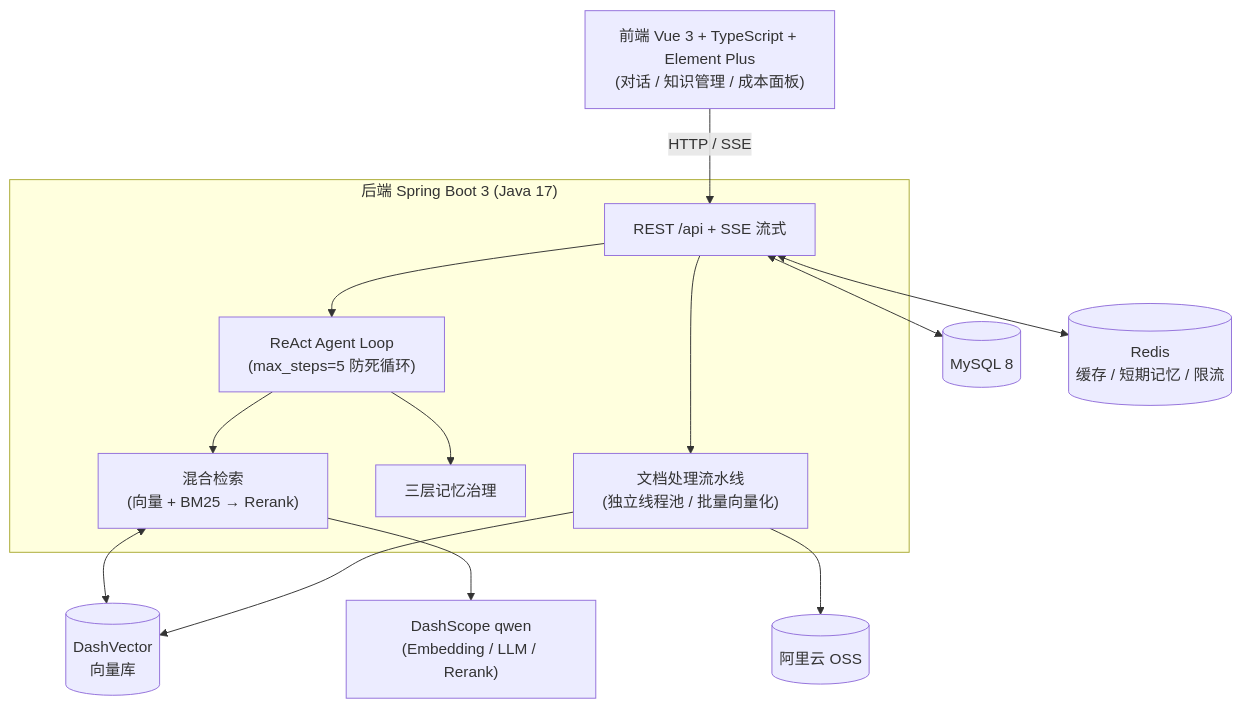
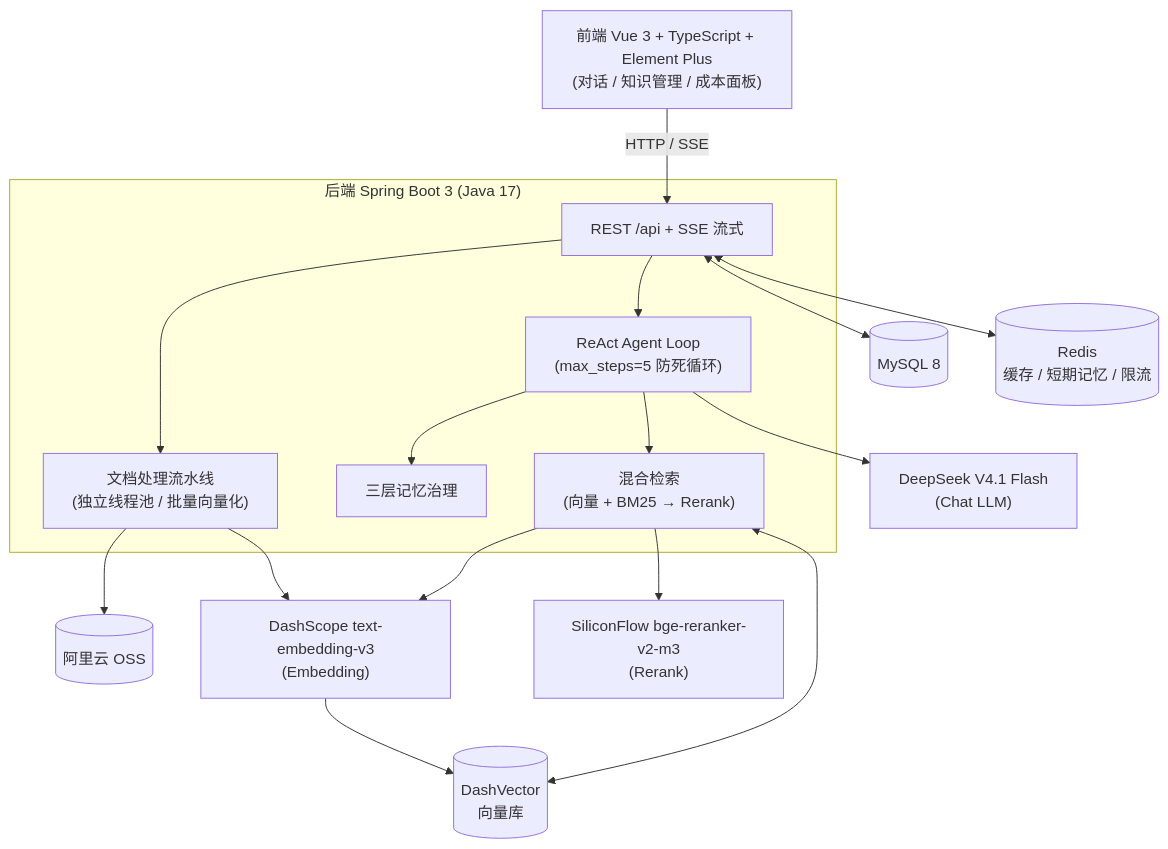
The first of 3 diagrams in README.md (yanshengguc/Ai-Knowledge-Base), drawn with Mermaid before and after one commit. The commit also changed 1 other file, not shown here.

Commit message:
docs: align active model architecture

````diff
--- a/README.md
+++ b/README.md
@@ -61,27 +61,31 @@
 ```mermaid
 flowchart TB
     UI["前端 Vue 3 + TypeScript + Element Plus<br/>(对话 / 知识管理 / 成本面板)"]
     subgraph BE["后端 Spring Boot 3 (Java 17)"]
         API["REST /api + SSE 流式"]
         AGENT["ReAct Agent Loop<br/>(max_steps=5 防死循环)"]
         RAG["混合检索<br/>(向量 + BM25 → Rerank)"]
         MEM["三层记忆治理"]
         PIPE["文档处理流水线<br/>(独立线程池 / 批量向量化)"]
     end
     MYSQL[("MySQL 8")]
     REDIS[("Redis<br/>缓存 / 短期记忆 / 限流")]
     OSS[("阿里云 OSS")]
     DV[("DashVector<br/>向量库")]
-    LLM["DashScope qwen<br/>(Embedding / LLM / Rerank)"]
+    LLM["DeepSeek V4.1 Flash<br/>(Chat LLM)"]
+    EMB["DashScope text-embedding-v3<br/>(Embedding)"]
+    RR["SiliconFlow bge-reranker-v2-m3<br/>(Rerank)"]
 
     UI -->|HTTP / SSE| API
     API --> AGENT --> RAG
     AGENT --> MEM
     API --> PIPE
     API <--> MYSQL
     API <--> REDIS
     RAG <--> DV
-    RAG --> LLM
+    RAG --> EMB
+    RAG --> RR
+    AGENT --> LLM
     PIPE --> OSS
-    PIPE --> DV
+    PIPE --> EMB --> DV
 ```
````
